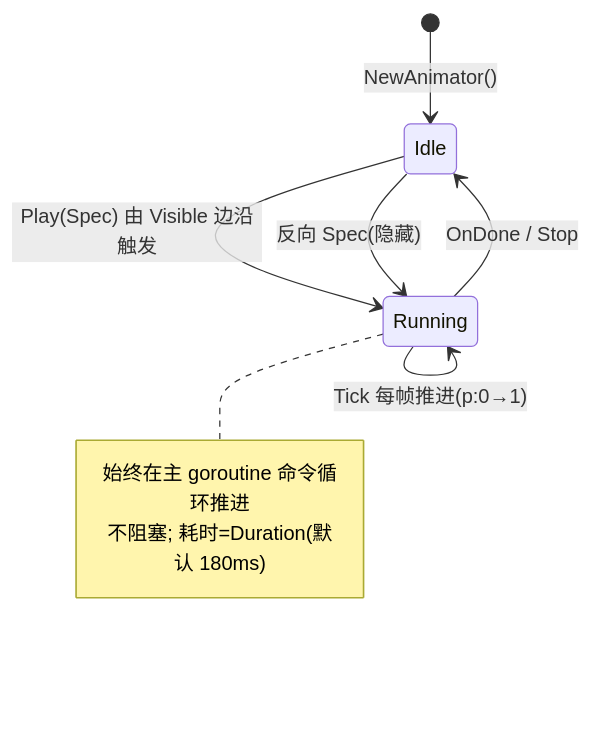
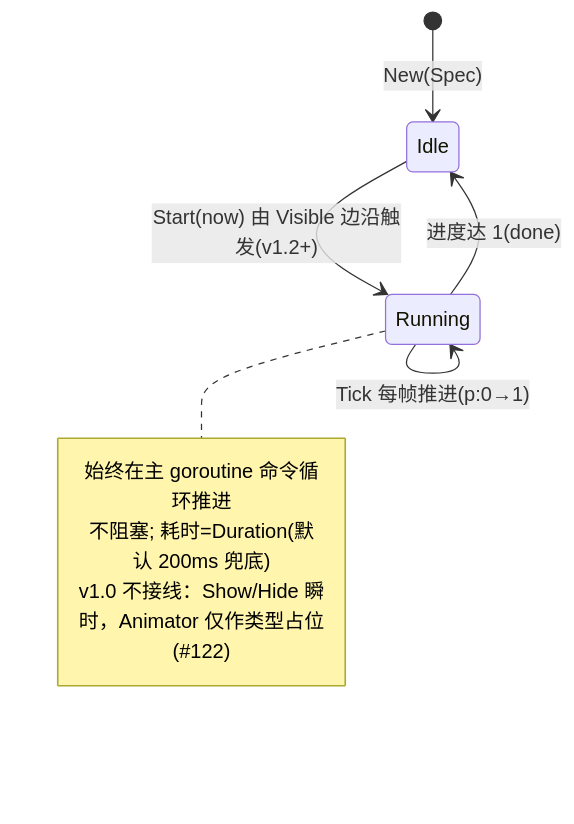
One commit to shaolei/DeskCalendar changed the fourth of 4 diagrams in docs/90-UI/Animation.md. Above: the diagram before and after it, drawn with Mermaid. The commit also changed other lines of this file and 11 other files, not shown here.

````diff
--- a/docs/90-UI/Animation.md
+++ b/docs/90-UI/Animation.md
@@ -138,12 +134,12 @@
 ```mermaid
 stateDiagram-v2
-    [*] --> Idle: NewAnimator()
-    Idle --> Running: Play(Spec) 由 Visible 边沿触发
+    [*] --> Idle: New(Spec)
+    Idle --> Running: Start(now) 由 Visible 边沿触发(v1.2+)
     Running --> Running: Tick 每帧推进(p:0→1)
-    Running --> Idle: OnDone / Stop
-    Idle --> Running: 反向 Spec(隐藏)
+    Running --> Idle: 进度达 1(done)
     note right of Running
         始终在主 goroutine 命令循环推进
-        不阻塞; 耗时=Duration(默认 180ms)
+        不阻塞; 耗时=Duration(默认 200ms 兜底)
+        v1.0 不接线：Show/Hide 瞬时，Animator 仅作类型占位(#122)
     end note
 ```
````
